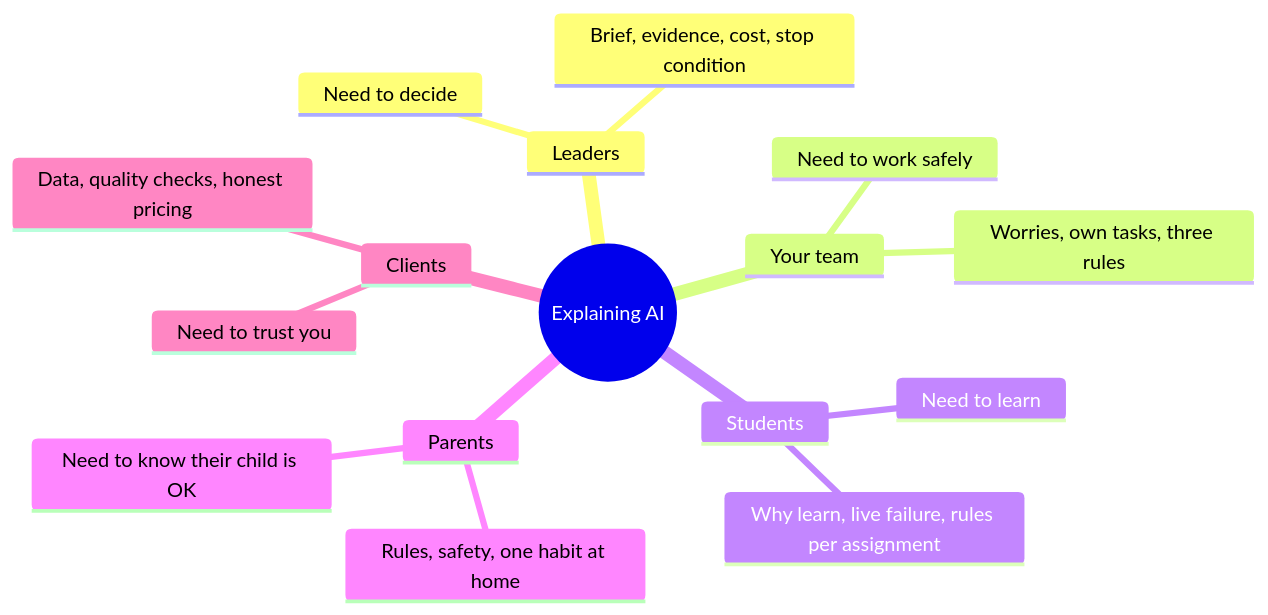
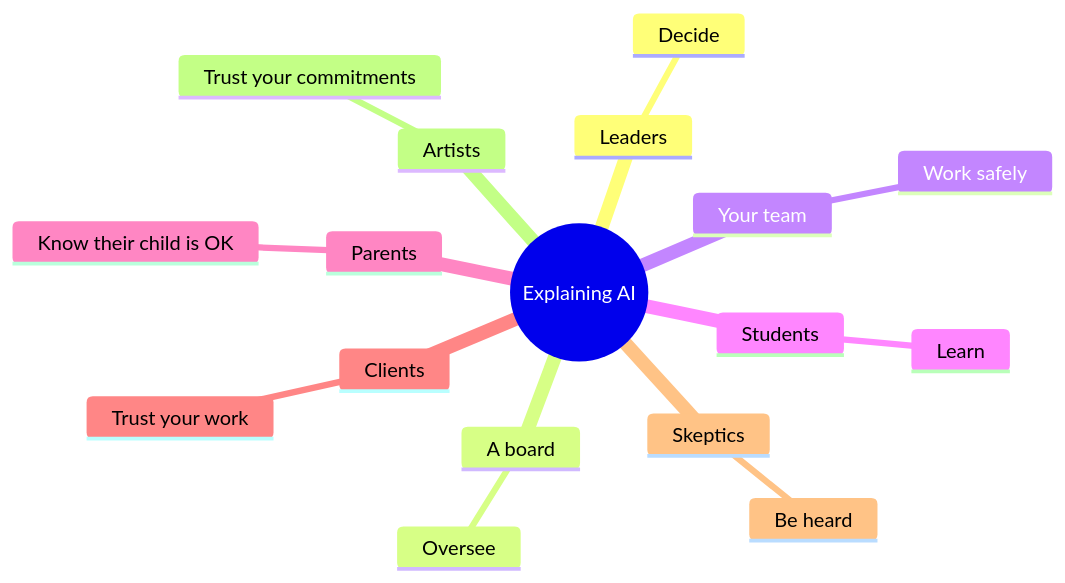
Before and after one commit to clarkngo/applied-ai-field-guide: the diagram in docs/start-here/explaining-ai-to-others.md, drawn with Mermaid. The commit also changed other lines of this file and 8 other files, not shown here.

First line of the commit message:
Add board, skeptics, and artists pages to the explaining-AI set

````diff
--- a/docs/start-here/explaining-ai-to-others.md
+++ b/docs/start-here/explaining-ai-to-others.md
@@ -43,19 +43,20 @@
 ```mermaid
 mindmap
   root(("Explaining AI"))
     Leaders
-      Need to decide
-      Brief, evidence, cost, stop condition
+      Decide
+    A board
+      Oversee
     Your team
-      Need to work safely
-      Worries, own tasks, three rules
+      Work safely
     Students
-      Need to learn
-      Why learn, live failure, rules per assignment
+      Learn
     Parents
-      Need to know their child is OK
-      Rules, safety, one habit at home
+      Know their child is OK
     Clients
-      Need to trust you
-      Data, quality checks, honest pricing
+      Trust your work
+    Skeptics
+      Be heard
+    Artists
+      Trust your commitments
 ```
````
